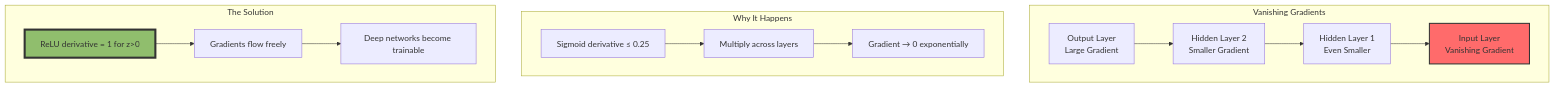
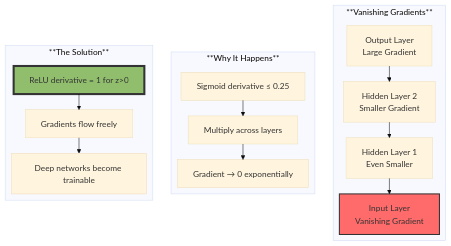
Before and after one commit to Vineet-Sharma-Medium-Stories/Medium-Build-Tool: the fourth of 4 diagrams in The 2026 AI Metromap/The 2026 AI Metromap: Activation Functions & Backpropagation – The Electrical Grid of the Network.md, drawn with Mermaid. The commit also changed other lines of this file and 37 other files, not shown here.

````diff
--- a/The 2026 AI Metromap/The 2026 AI Metromap: Activation Functions & Backpropagation – The Electrical Grid of the Network.md
+++ b/The 2026 AI Metromap/The 2026 AI Metromap: Activation Functions & Backpropagation – The Electrical Grid of the Network.md
@@ -473,21 +509,26 @@
 ```mermaid
+---
+config:
+  theme: base
+  layout: elk
+---
 graph TD
-    subgraph "Vanishing Gradients"
+    subgraph "**Vanishing Gradients**"
         O[Output Layer<br/>Large Gradient] --> H2[Hidden Layer 2<br/>Smaller Gradient]
         H2 --> H1[Hidden Layer 1<br/>Even Smaller]
         H1 --> I[Input Layer<br/>Vanishing Gradient]
     end
     
-    subgraph "Why It Happens"
+    subgraph "**Why It Happens**"
         S[Sigmoid derivative ≤ 0.25] --> M[Multiply across layers]
         M --> V[Gradient → 0 exponentially]
     end
     
-    subgraph "The Solution"
+    subgraph "**The Solution**"
         R[ReLU derivative = 1 for z>0] --> P[Gradients flow freely]
         P --> D[Deep networks become trainable]
     end
     
     style I fill:#ff6b6b,stroke:#333,stroke-width:2px
     style R fill:#90be6d,stroke:#333,stroke-width:4px
 ```
````
